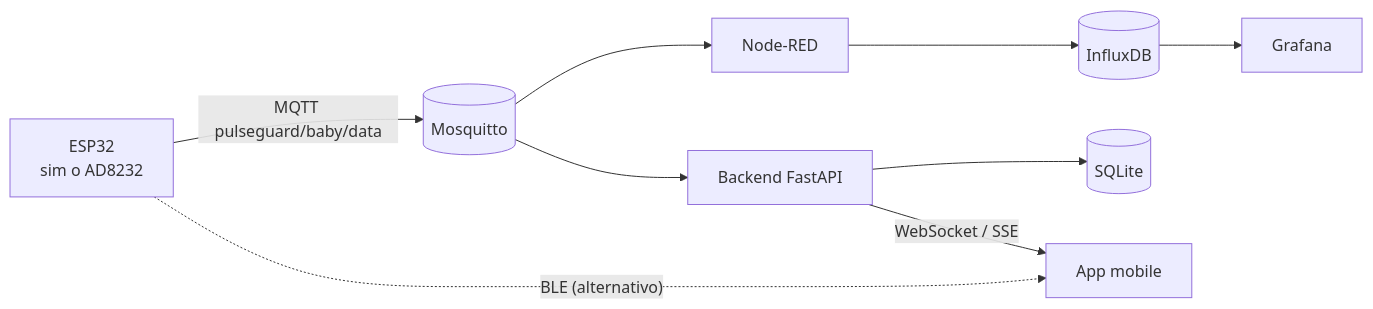
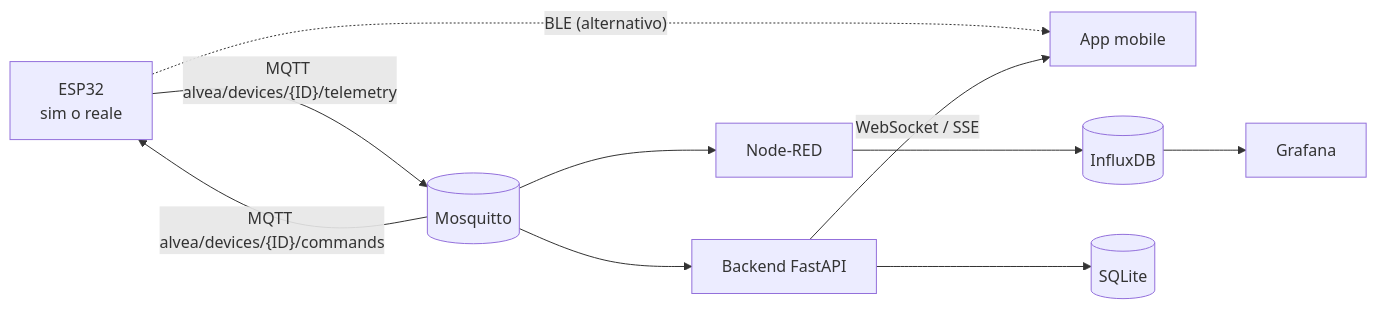
The diagram in README.md (acrisci05/Alvea), drawn with Mermaid before and after one commit. The commit also changed other lines of this file, not shown here.

````diff
--- a/README.md
+++ b/README.md
@@ -17,8 +18,9 @@
 ```mermaid
 flowchart LR
-    FW[ESP32<br/>sim o AD8232] -- "MQTT pulseguard/baby/data" --> MQ[(Mosquitto)]
+    FW[ESP32<br/>sim o reale] -- "MQTT alvea/devices/{ID}/telemetry" --> MQ[(Mosquitto)]
+    MQ -- "MQTT alvea/devices/{ID}/commands" --> FW
     FW -. "BLE (alternativo)" .-> APP[App mobile]
     MQ --> NR[Node-RED] --> IDB[(InfluxDB)] --> GF[Grafana]
     MQ --> BE[Backend FastAPI] --> SQL[(SQLite)]
     BE -- "WebSocket / SSE" --> APP
 ```
````
